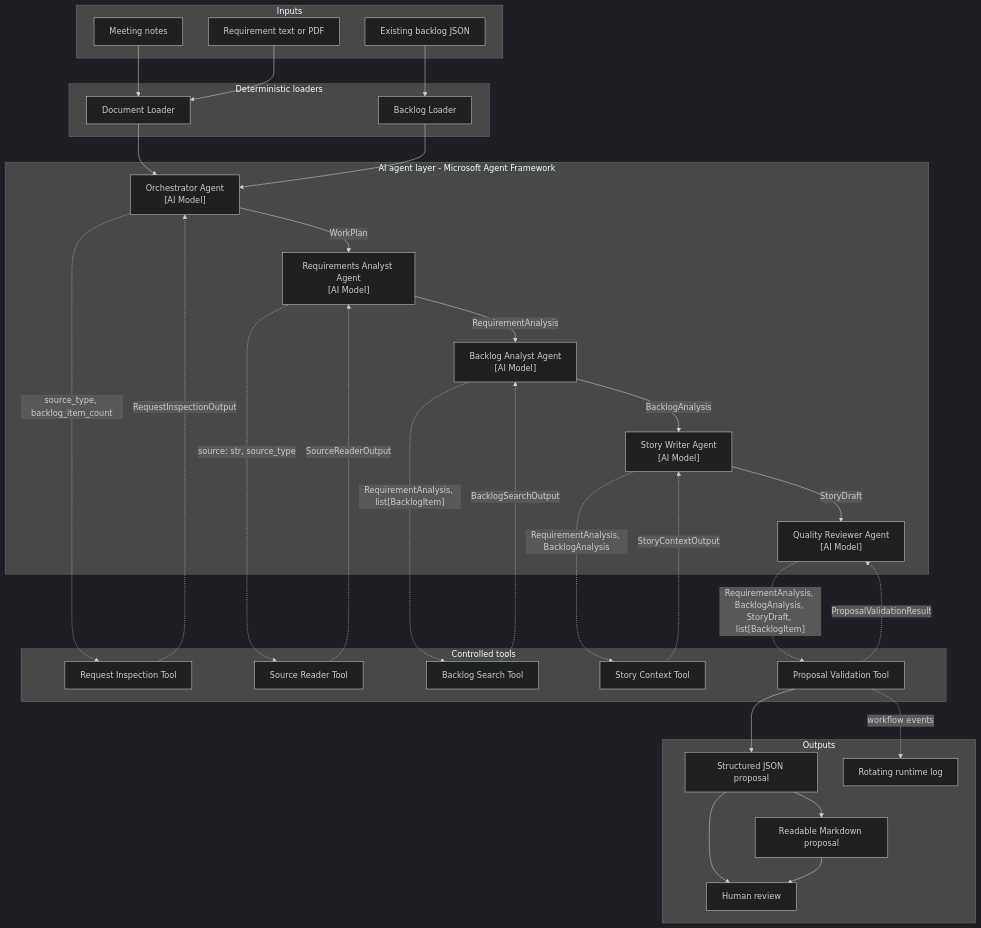
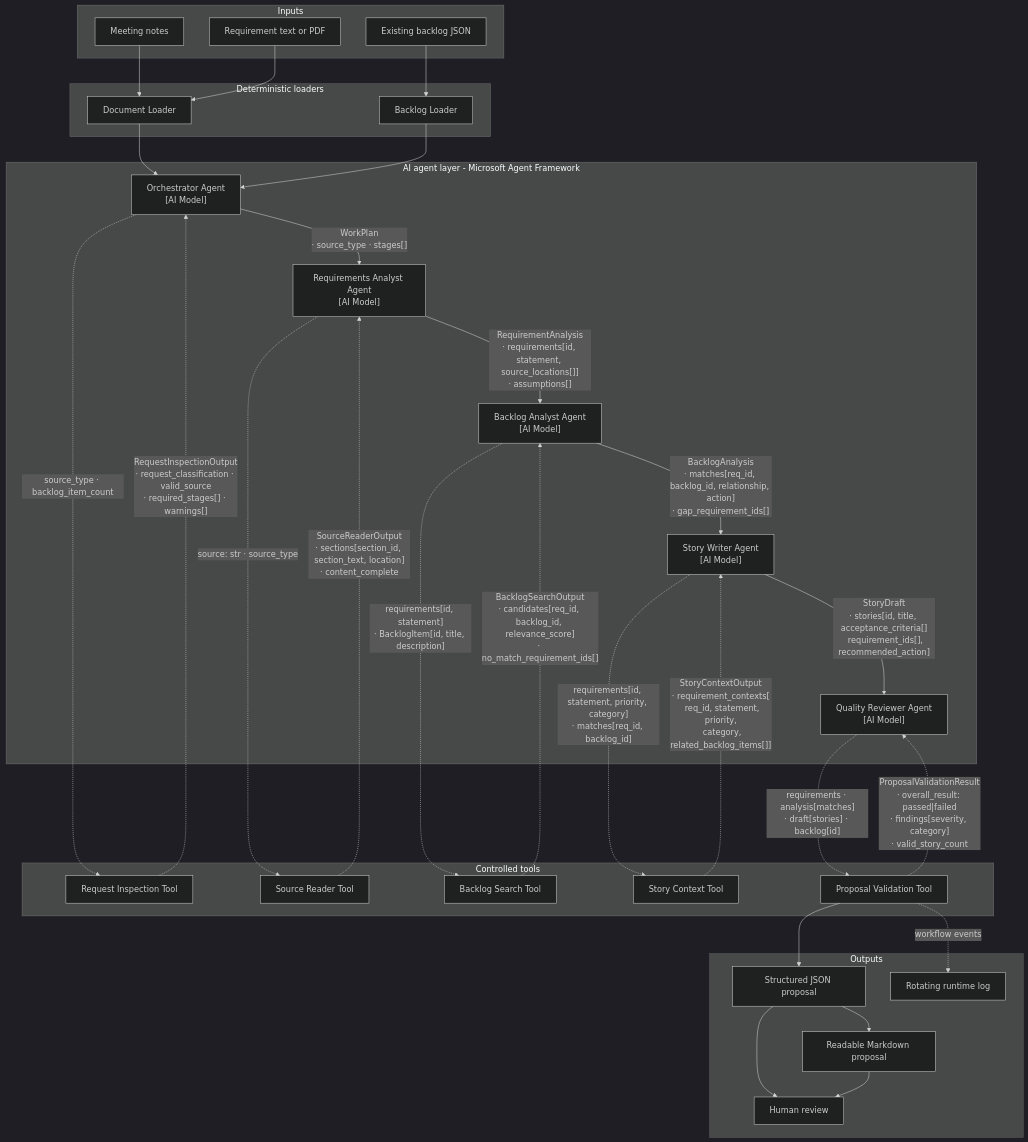
One commit to sjnoolkar-accenture/Smart-Backlog-Assistant changed the diagram in docs/architecture.mmd. Above: the diagram before and after it, drawn with Mermaid (dark theme). The commit also changed 2 other files, not shown here.

```diff
--- a/docs/architecture.mmd
+++ b/docs/architecture.mmd
@@ -1,62 +1,62 @@
 flowchart TB
     subgraph Inputs
         M[Meeting notes]
         D[Requirement text or PDF]
         B[Existing backlog JSON]
     end
 
     subgraph Loaders["Deterministic loaders"]
         L[Document Loader]
         BL[Backlog Loader]
     end
 
     subgraph Tools["Controlled tools"]
         RI[Request Inspection Tool]
         SR[Source Reader Tool]
         BS[Backlog Search Tool]
         SC[Story Context Tool]
         PV[Proposal Validation Tool]
     end
 
     subgraph AI["AI agent layer - Microsoft Agent Framework"]
         O["Orchestrator Agent<br/>[AI Model]"]
         R["Requirements Analyst Agent<br/>[AI Model]"]
         A["Backlog Analyst Agent<br/>[AI Model]"]
         S["Story Writer Agent<br/>[AI Model]"]
         Q["Quality Reviewer Agent<br/>[AI Model]"]
     end
 
     subgraph Outputs
         J[Structured JSON proposal]
         MD[Readable Markdown proposal]
         H[Human review]
         LOG[Rotating runtime log]
     end
 
     M --> L
     D --> L
     B --> BL
     L --> O
     BL --> O
 
-    O -- "WorkPlan" --> R
-    R -- "RequirementAnalysis" --> A
-    A -- "BacklogAnalysis" --> S
-    S -- "StoryDraft" --> Q
+    O -- "WorkPlan\n· source_type · stages[]" --> R
+    R -- "RequirementAnalysis\n· requirements[id, statement, source_locations[]]\n· assumptions[]" --> A
+    A -- "BacklogAnalysis\n· matches[req_id, backlog_id, relationship, action]\n· gap_requirement_ids[]" --> S
+    S -- "StoryDraft\n· stories[id, title, acceptance_criteria[]\n  requirement_ids[], recommended_action]" --> Q
 
-    O -. "source_type, backlog_item_count" .-> RI
-    RI -. "RequestInspectionOutput" .-> O
-    R -. "source: str, source_type" .-> SR
-    SR -. "SourceReaderOutput" .-> R
-    A -. "RequirementAnalysis, list[BacklogItem]" .-> BS
-    BS -. "BacklogSearchOutput" .-> A
-    S -. "RequirementAnalysis, BacklogAnalysis" .-> SC
-    SC -. "StoryContextOutput" .-> S
-    Q -. "RequirementAnalysis, BacklogAnalysis, StoryDraft, list[BacklogItem]" .-> PV
-    PV -. "ProposalValidationResult" .-> Q
+    O -. "source_type · backlog_item_count" .-> RI
+    RI -. "RequestInspectionOutput\n· request_classification · valid_source\n· required_stages[] · warnings[]" .-> O
+    R -. "source: str · source_type" .-> SR
+    SR -. "SourceReaderOutput\n· sections[section_id, section_text, location]\n· content_complete" .-> R
+    A -. "requirements[id, statement]\n· BacklogItem[id, title, description]" .-> BS
+    BS -. "BacklogSearchOutput\n· candidates[req_id, backlog_id, relevance_score]\n· no_match_requirement_ids[]" .-> A
+    S -. "requirements[id, statement, priority, category]\n· matches[req_id, backlog_id]" .-> SC
+    SC -. "StoryContextOutput\n· requirement_contexts[\n  req_id, statement, priority,\n  category, related_backlog_items[]]" .-> S
+    Q -. "requirements · analysis[matches]\n· draft[stories] · backlog[id]" .-> PV
+    PV -. "ProposalValidationResult\n· overall_result: passed|failed\n· findings[severity, category]\n· valid_story_count" .-> Q
 
     PV --> J
     PV -. workflow events .-> LOG
     J --> MD
     J --> H
     MD --> H
```
